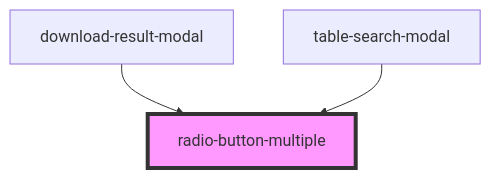
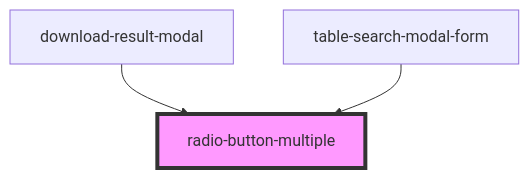
Before and after one commit to techvariable/NeptuneConnectComponents: the diagram in src/components/common/radio-button-multiple/readme.md, drawn with Mermaid. The commit also changed other lines of this file and 33 other files, not shown here.

````diff
--- a/src/components/common/radio-button-multiple/readme.md
+++ b/src/components/common/radio-button-multiple/readme.md
@@ -29,6 +29,6 @@
 ```mermaid
 graph TD;
   download-result-modal --> radio-button-multiple
-  table-search-modal --> radio-button-multiple
+  table-search-modal-form --> radio-button-multiple
   style radio-button-multiple fill:#f9f,stroke:#333,stroke-width:4px
 ```
````
